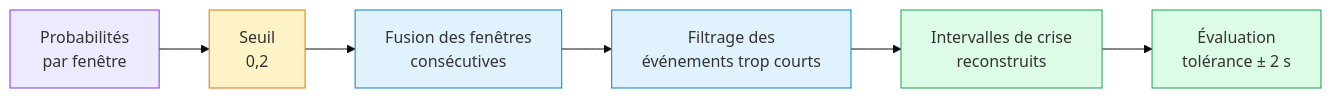
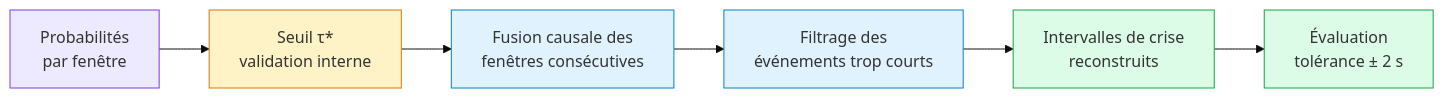
The second of 2 diagrams in README.md (chahmed12/eeg-absence-detection), drawn with Mermaid before and after one commit. The commit also changed other lines of this file and 23 other files, not shown here.

````diff
--- a/README.md
+++ b/README.md
@@ -186,15 +189,15 @@
 ```mermaid
 %%{init: {'theme':'base','themeVariables':{'fontFamily':'Segoe UI, Arial'}}}%%
 flowchart LR
-  P["Probabilités<br/>par fenêtre"] --> T["Seuil<br/>0,2"]
-  T --> M["Fusion des fenêtres<br/>consécutives"]
+  P["Probabilités<br/>par fenêtre"] --> T["Seuil τ*<br/>validation interne"]
+  T --> M["Fusion causale des<br/>fenêtres consécutives"]
   M --> F["Filtrage des<br/>événements trop courts"]
   F --> I["Intervalles de crise<br/>reconstruits"]
   I --> E["Évaluation<br/>tolérance ± 2 s"]
   style P fill:#ede9fe,stroke:#7c3aed
   style T fill:#fef3c7,stroke:#d97706
   style M fill:#e0f2fe,stroke:#0284c7
   style F fill:#e0f2fe,stroke:#0284c7
   style I fill:#dcfce7,stroke:#16a34a
   style E fill:#dcfce7,stroke:#16a34a
 ```
````
